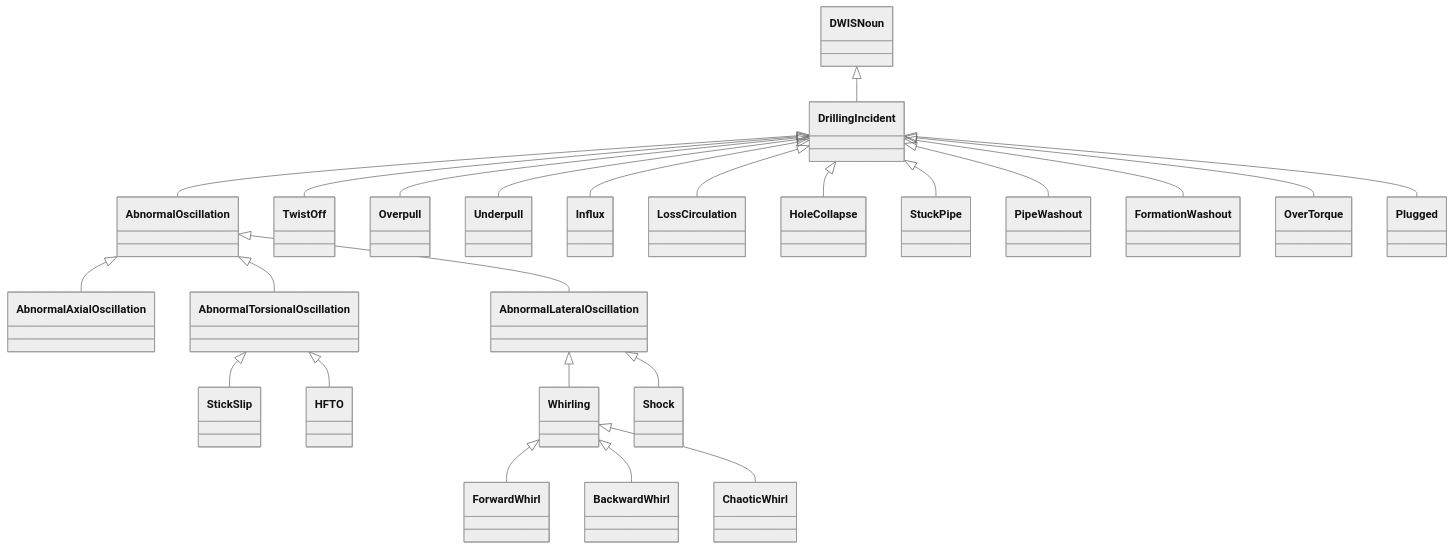
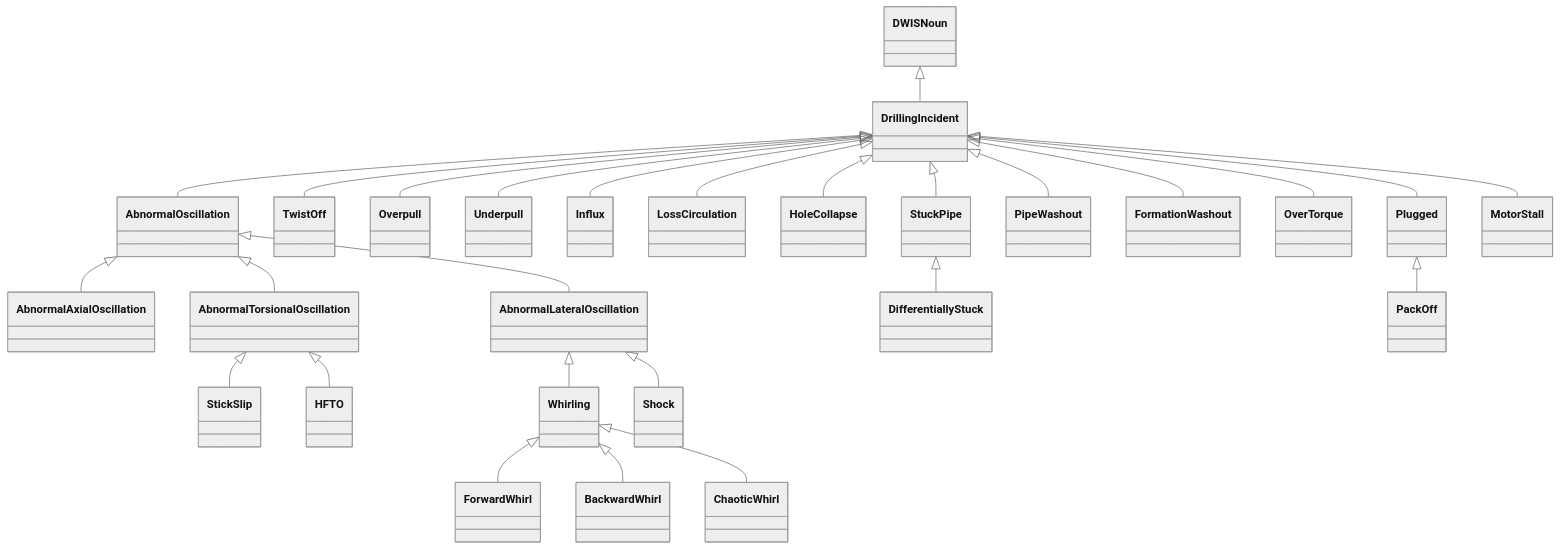
One commit to D-WIS/DDHub-Semantic-Interoperability changed the first of 16 diagrams in docs/vocabulary_development/auto-generated/md/definition-files/DrillingIncident.md. Above: the diagram before and after it, drawn with Mermaid (neutral theme). The commit also changed other lines of this file and 16 other files, not shown here.

````diff
--- a/docs/vocabulary_development/auto-generated/md/definition-files/DrillingIncident.md
+++ b/docs/vocabulary_development/auto-generated/md/definition-files/DrillingIncident.md
@@ -8,26 +8,29 @@
 ```mermaid
 classDiagram
 DWISNoun <|-- DrillingIncident
 DrillingIncident <|-- AbnormalOscillation
 AbnormalOscillation <|-- AbnormalAxialOscillation
 AbnormalOscillation <|-- AbnormalTorsionalOscillation
 AbnormalOscillation <|-- AbnormalLateralOscillation
 AbnormalTorsionalOscillation <|-- StickSlip
 AbnormalTorsionalOscillation <|-- HFTO
 AbnormalLateralOscillation <|-- Whirling
 Whirling <|-- ForwardWhirl
 Whirling <|-- BackwardWhirl
 Whirling <|-- ChaoticWhirl
 AbnormalLateralOscillation <|-- Shock
 DrillingIncident <|-- TwistOff
 DrillingIncident <|-- Overpull
 DrillingIncident <|-- Underpull
 DrillingIncident <|-- Influx
 DrillingIncident <|-- LossCirculation
 DrillingIncident <|-- HoleCollapse
 DrillingIncident <|-- StuckPipe
+StuckPipe <|-- DifferentiallyStuck
 DrillingIncident <|-- PipeWashout
 DrillingIncident <|-- FormationWashout
 DrillingIncident <|-- OverTorque
 DrillingIncident <|-- Plugged
+Plugged <|-- PackOff
+DrillingIncident <|-- MotorStall
 ```
````
